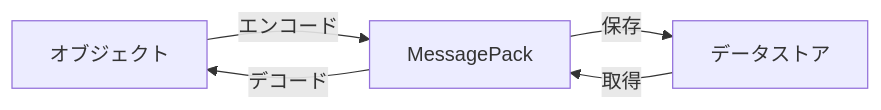
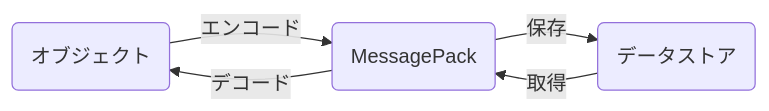
The second of 6 diagrams in textbooks/01_introduction.md (ssig33/fuckbase), drawn with Mermaid before and after one commit. The commit also changed other lines of this file and 6 other files, not shown here.

Commit message:
Fix Mermaid diagrams in all textbooks by using parentheses for node text and curly braces for decision nodes

````diff
--- a/textbooks/01_introduction.md
+++ b/textbooks/01_introduction.md
@@ -45,7 +45,7 @@
 ```mermaid
 graph LR
-    A[オブジェクト] -->|エンコード| B[MessagePack]
-    B -->|保存| C[データストア]
+    A("オブジェクト") -->|エンコード| B("MessagePack")
+    B -->|保存| C("データストア")
     C -->|取得| B
     B -->|デコード| A
 ```
````
